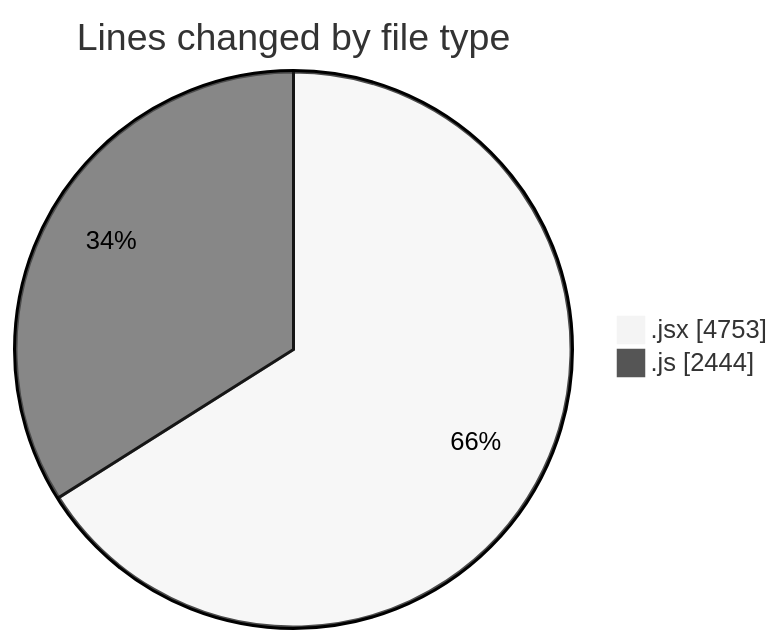
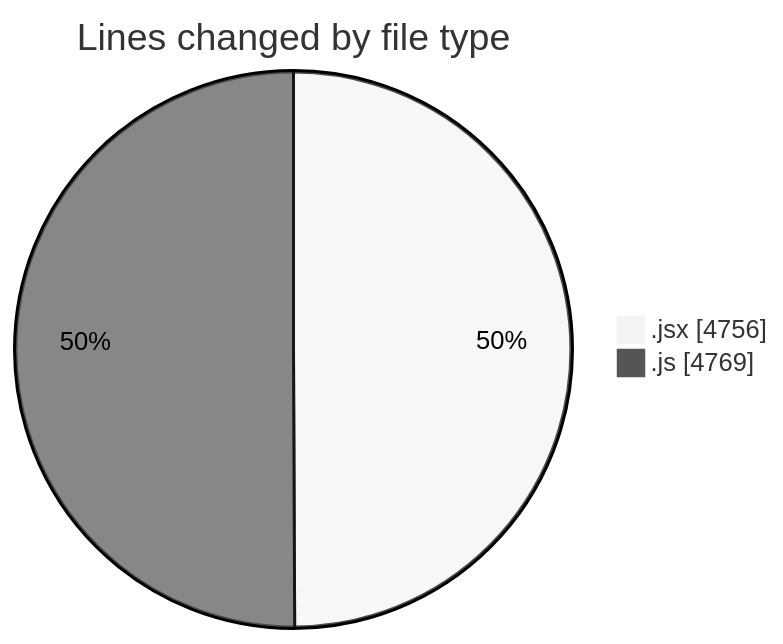
The first of 2 diagrams in 2025-11-06/nxtqube_webapp/README.md (nxtqubesakshisongat/code-tracking), drawn with Mermaid (neutral theme) before and after one commit. The commit also changed other lines of this file and 1 other file, not shown here.

````diff
--- a/2025-11-06/nxtqube_webapp/README.md
+++ b/2025-11-06/nxtqube_webapp/README.md
@@ -33,6 +34,6 @@
 ```mermaid
 pie showData
 title Lines changed by file type
-".jsx" : 4753
-".js" : 2444
+".jsx" : 4756
+".js" : 4769
 ```
````
